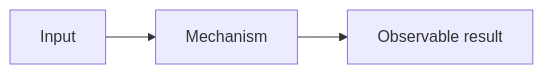
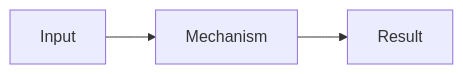
One commit to omkarsarde/agentic-engineering-at-scale changed the diagram in templates/chapter-template.qmd. Above: the diagram before and after it, drawn with Mermaid. The commit also changed other lines of this file and 24 other files, not shown here.

````diff
--- a/templates/chapter-template.qmd
+++ b/templates/chapter-template.qmd
@@ -43,6 +96,6 @@
 ```{mermaid}
-%%| label: fig-chNN-question
-%%| fig-cap: "A caption phrased around the one question this figure answers."
+%%| label: fig-chNN-flow
+%%| fig-cap: "Where does the mechanism sit in the larger system?"
 flowchart LR
-    A[Input] --> B[Mechanism] --> C[Observable result]
+    Input --> Mechanism --> Result
 ```
````
